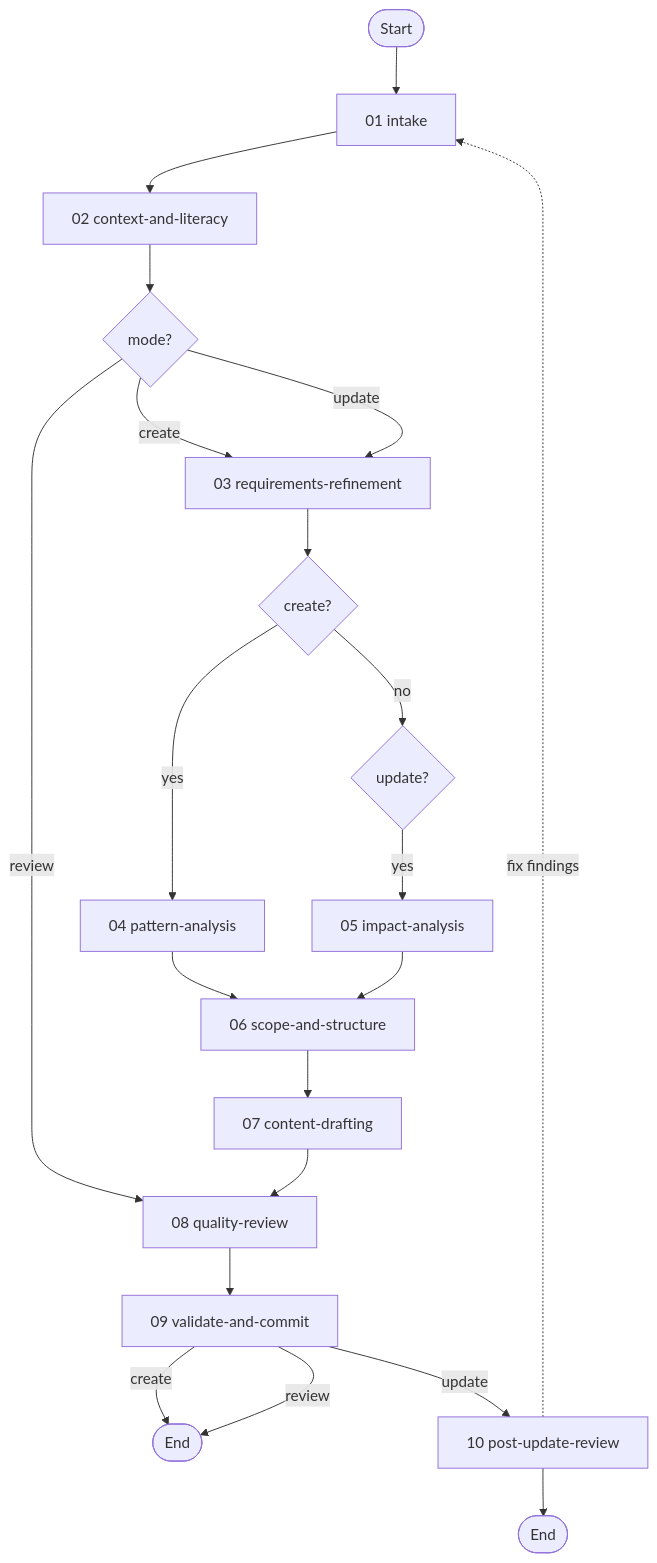
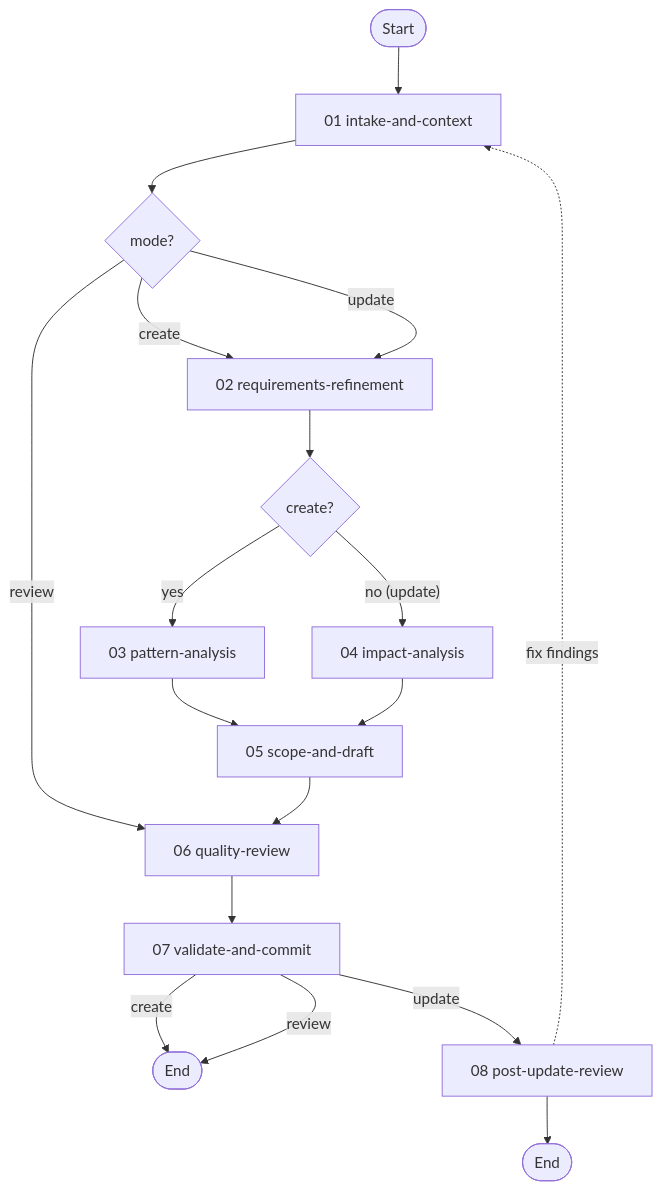
The diagram in workflow-design/README.md (m2ux/workflow-server), drawn with Mermaid before and after one commit. The commit also changed other lines of this file and 15 other files, not shown here.

````diff
--- a/workflow-design/README.md
+++ b/workflow-design/README.md
@@ -44,29 +42,26 @@
 ```mermaid
 graph TD
-    startNode(["Start"]) --> INT["01 intake"]
-    INT --> CTX["02 context-and-literacy"]
+    startNode(["Start"]) --> INT["01 intake-and-context"]
 
-    CTX --> MODE{"mode?"}
-    MODE -->|"create"| REQ["03 requirements-refinement"]
+    INT --> MODE{"mode?"}
+    MODE -->|"create"| REQ["02 requirements-refinement"]
     MODE -->|"update"| REQ
     MODE -->|"review"| QR
 
     REQ --> CREATE{"create?"}
-    CREATE -->|"yes"| PAT["04 pattern-analysis"]
-    CREATE -->|"no"| UPD{"update?"}
-    UPD -->|"yes"| IMP["05 impact-analysis"]
+    CREATE -->|"yes"| PAT["03 pattern-analysis"]
+    CREATE -->|"no (update)"| IMP["04 impact-analysis"]
 
-    PAT --> SCS["06 scope-and-structure"]
-    IMP --> SCS
+    PAT --> SCD["05 scope-and-draft"]
+    IMP --> SCD
 
-    SCS --> DRF["07 content-drafting"]
-    DRF --> QR["08 quality-review"]
+    SCD --> QR["06 quality-review"]
 
-    QR --> VAL["09 validate-and-commit"]
+    QR --> VAL["07 validate-and-commit"]
 
     VAL -->|"create"| doneNode(["End"])
     VAL -->|"review"| doneNode
-    VAL -->|"update"| PUR["10 post-update-review"]
+    VAL -->|"update"| PUR["08 post-update-review"]
     PUR --> doneNode2(["End"])
     PUR -.->|"fix findings"| INT
 ```
````
